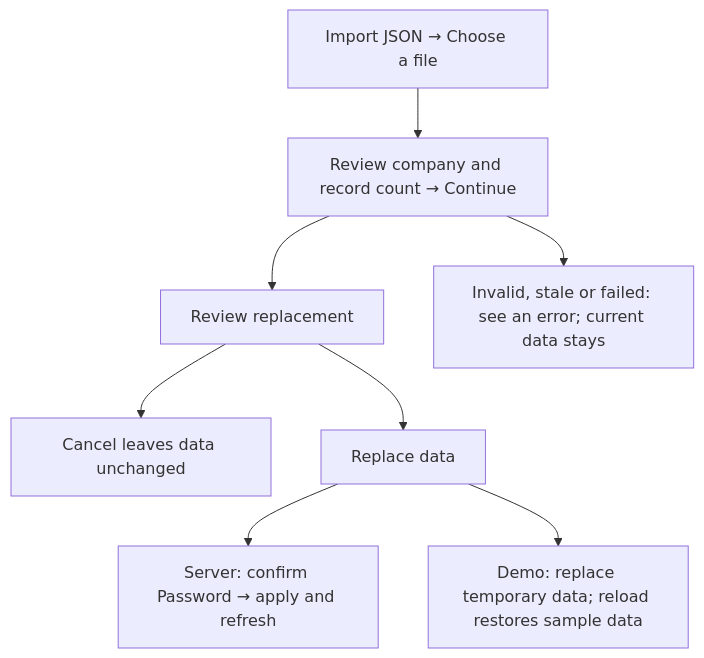
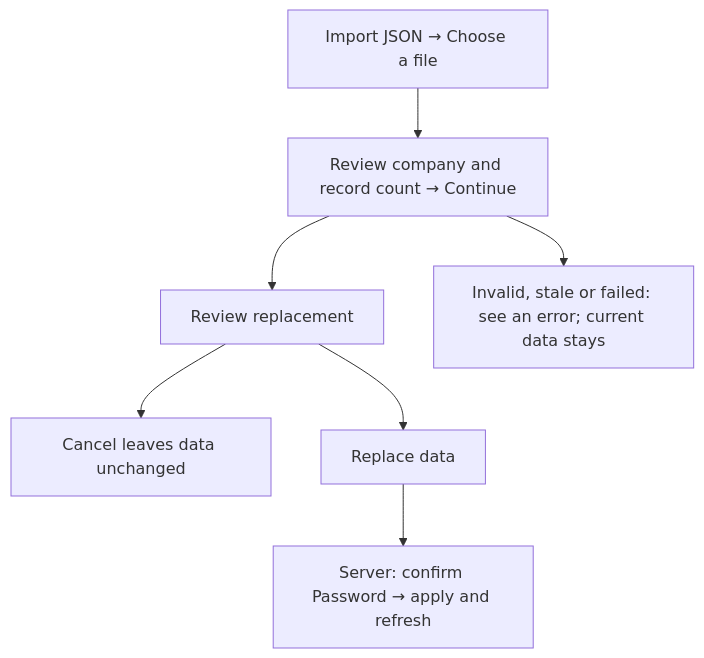
One commit to Kevinjohn/capacitylens changed the first of 2 diagrams in user-stories/data/US-DAT-02-import-json.md. Above: the diagram before and after it, drawn with Mermaid. The commit also changed other lines of this file and 343 other files, not shown here.

````diff
--- a/user-stories/data/US-DAT-02-import-json.md
+++ b/user-stories/data/US-DAT-02-import-json.md
@@ -24,10 +24,9 @@
 ```mermaid
 flowchart TD
   choose["Import JSON → Choose a file"] --> preview["Review company and record count → Continue"]
   preview --> confirm["Review replacement"]
   confirm --> cancel["Cancel leaves data unchanged"]
   confirm --> replace["Replace data"]
   replace --> server["Server: confirm Password → apply and refresh"]
-  replace --> demo["Demo: replace temporary data; reload restores sample data"]
   preview --> invalid["Invalid, stale or failed: see an error; current data stays"]
 ```
````
